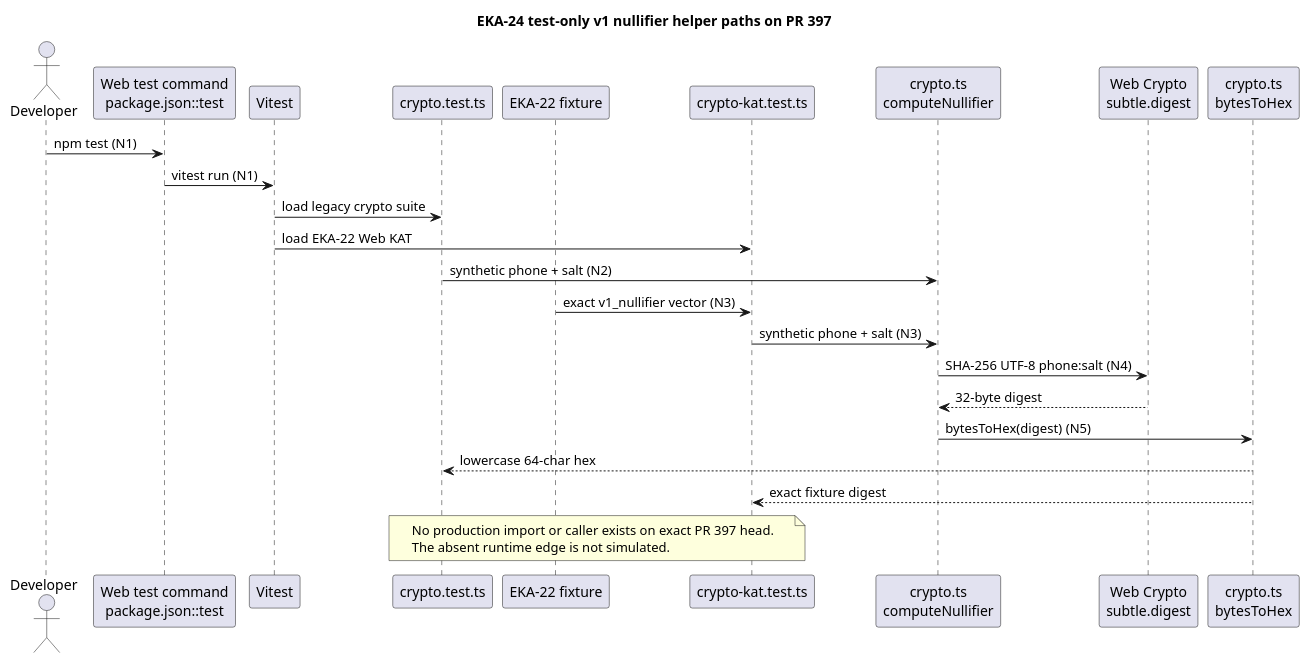
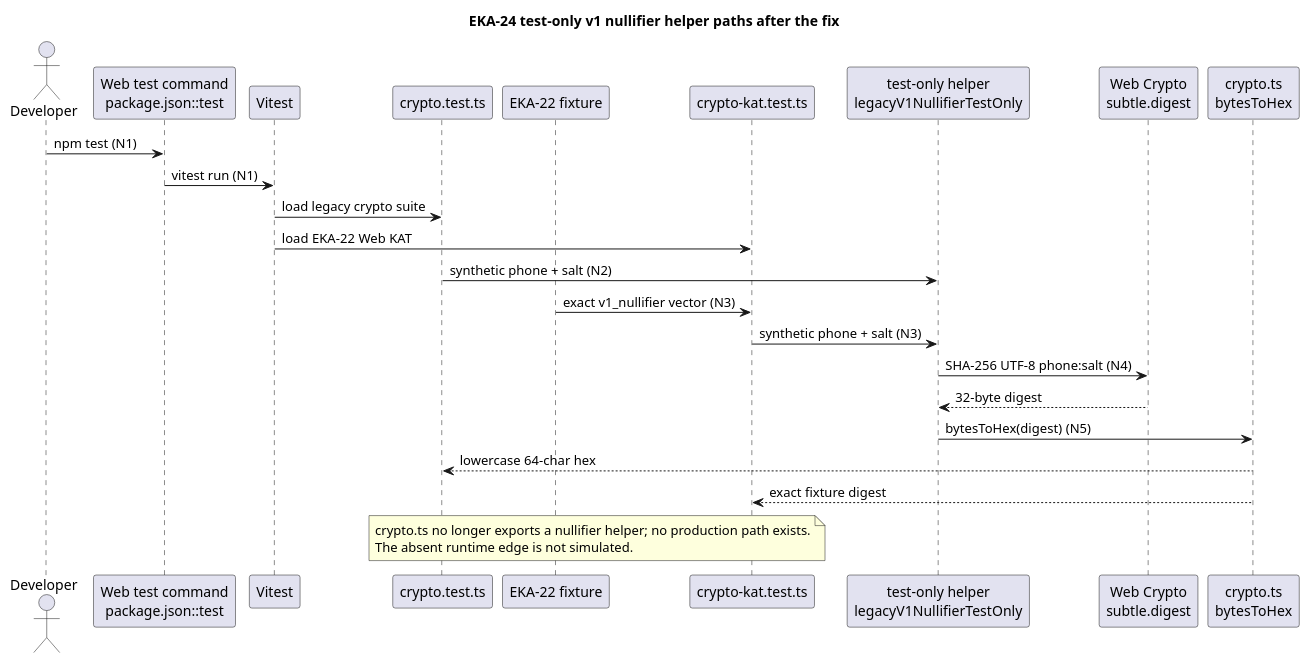
The eighth of 8 diagrams in docs/architecture/main-path.puml (NeaBouli/pnyx), drawn with PlantUML before and after one commit. The commit also changed 9 other files, not shown here.

First line of the commit message:
docs(EKA-24): map after-state, fixture note, current base (Codex review #406)

```diff
--- a/docs/architecture/main-path.puml
+++ b/docs/architecture/main-path.puml
@@ -198,32 +198,32 @@
 @startuml
 ' EKA-24 main path — only built test traces; no production path exists
-title EKA-24 test-only v1 nullifier helper paths on PR 397
+title EKA-24 test-only v1 nullifier helper paths after the fix
 
 actor Developer
 participant "Web test command\npackage.json::test" as TESTCMD
 participant "Vitest" as VITEST
 participant "crypto.test.ts" as LEGACY
 participant "EKA-22 fixture" as FIXTURE
 participant "crypto-kat.test.ts" as KAT
-participant "crypto.ts\ncomputeNullifier" as HELPER
+participant "test-only helper\nlegacyV1NullifierTestOnly" as HELPER
 participant "Web Crypto\nsubtle.digest" as WEBCRYPTO
 participant "crypto.ts\nbytesToHex" as HEX
 
 Developer -> TESTCMD : npm test (N1)
 TESTCMD -> VITEST : vitest run (N1)
 VITEST -> LEGACY : load legacy crypto suite
 VITEST -> KAT : load EKA-22 Web KAT
 LEGACY -> HELPER : synthetic phone + salt (N2)
 FIXTURE -> KAT : exact v1_nullifier vector (N3)
 KAT -> HELPER : synthetic phone + salt (N3)
 HELPER -> WEBCRYPTO : SHA-256 UTF-8 phone:salt (N4)
 WEBCRYPTO --> HELPER : 32-byte digest
 HELPER -> HEX : bytesToHex(digest) (N5)
 HEX --> LEGACY : lowercase 64-char hex
 HEX --> KAT : exact fixture digest
 
 note over LEGACY,KAT
-  No production import or caller exists on exact PR 397 head.
+  crypto.ts no longer exports a nullifier helper; no production path exists.
   The absent runtime edge is not simulated.
 end note
 @enduml
```
